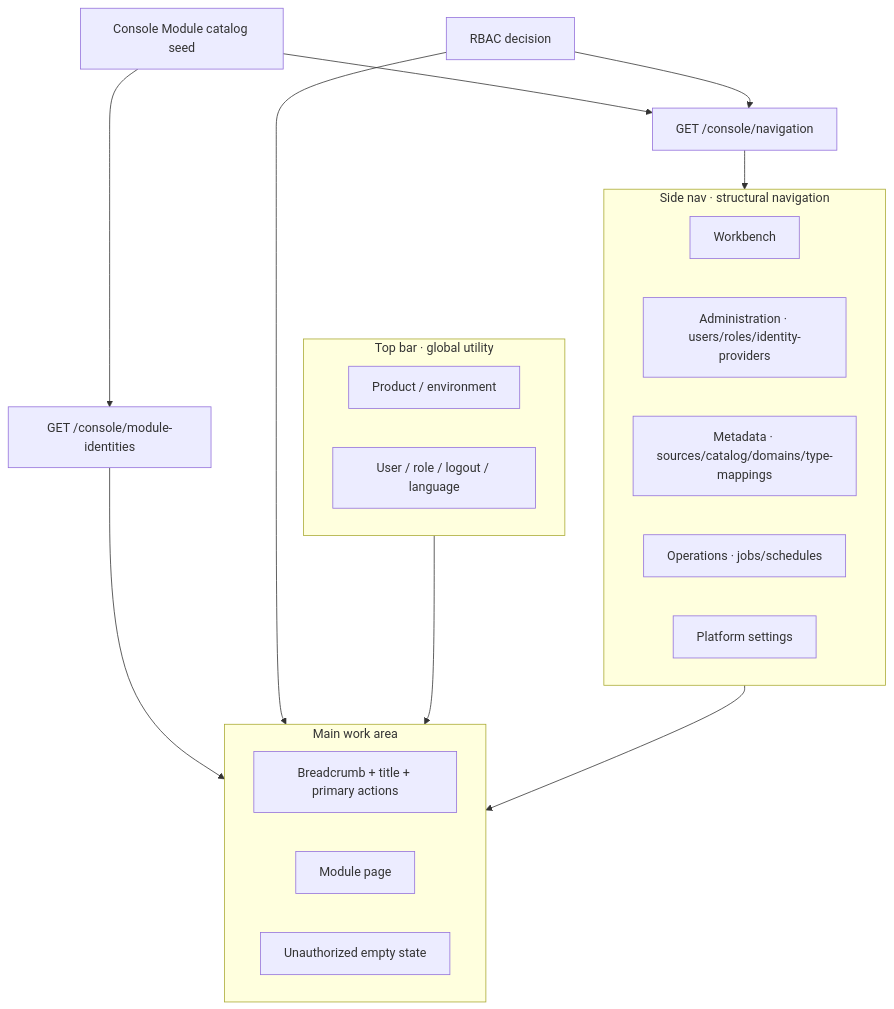
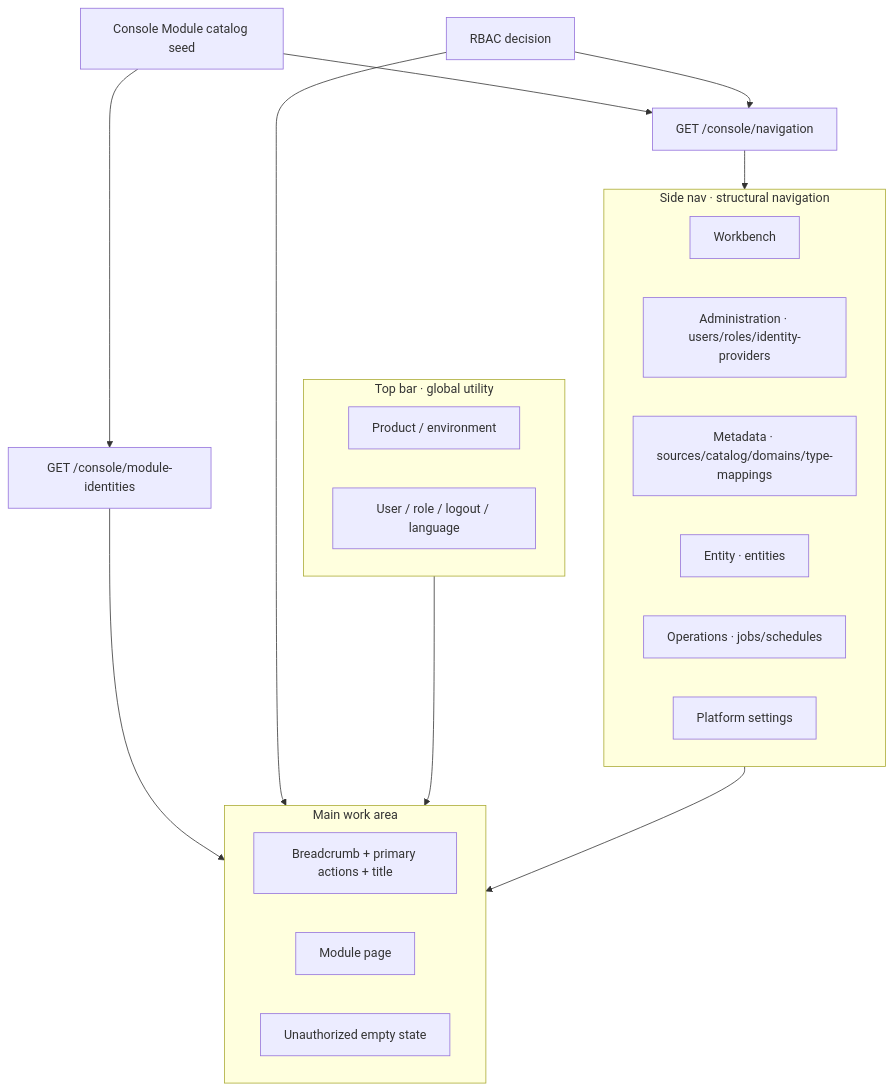
Before and after one commit to hughluang/refraq: the diagram in docs/business-management-console.md, drawn with Mermaid. The commit also changed other lines of this file and 118 other files, not shown here.

````diff
--- a/docs/business-management-console.md
+++ b/docs/business-management-console.md
@@ -72,30 +74,31 @@
 ```mermaid
 flowchart TB
   subgraph TopBar["Top bar · global utility"]
     Brand["Product / environment"]
     UserMenu["User / role / logout / language"]
   end
 
   subgraph SideNav["Side nav · structural navigation"]
     G1["Workbench"]
     G2["Administration · users/roles/identity-providers"]
     G3["Metadata · sources/catalog/domains/type-mappings"]
-    G4["Operations · jobs/schedules"]
-    G5["Platform settings"]
+    G4["Entity · entities"]
+    G5["Operations · jobs/schedules"]
+    G6["Platform settings"]
   end
 
   subgraph Main["Main work area"]
-    Chrome["Breadcrumb + title + primary actions"]
+    Chrome["Breadcrumb + primary actions + title"]
     Body["Module page"]
     Empty["Unauthorized empty state"]
   end
 
   Catalog["Console Module catalog seed"] --> NavAPI["GET /console/navigation"]
   Catalog --> IdAPI["GET /console/module-identities"]
   RBAC["RBAC decision"] --> NavAPI
   NavAPI --> SideNav
   IdAPI --> Main
   RBAC --> Main
   TopBar --> Main
   SideNav --> Main
 ```
````
